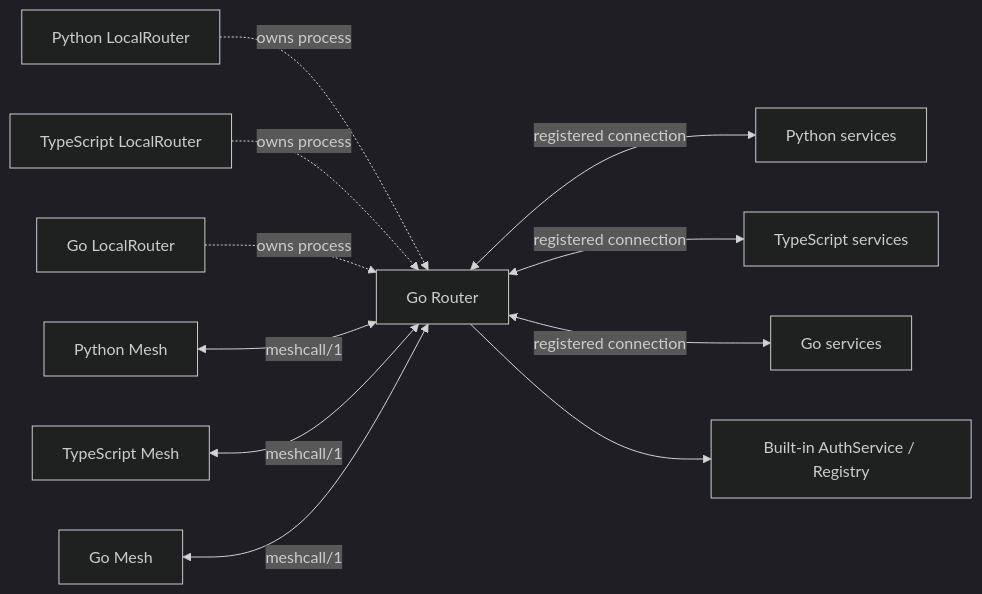
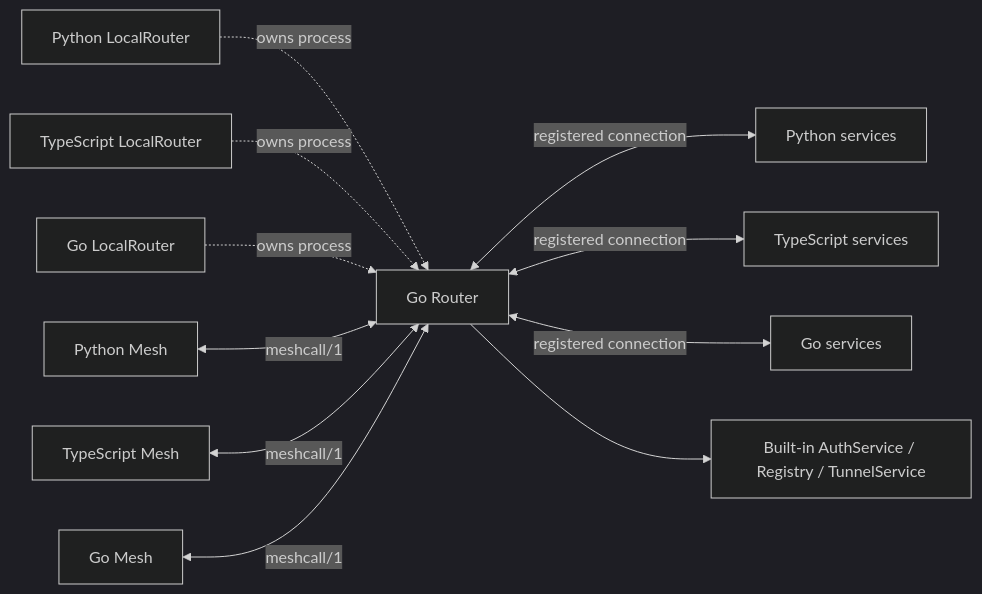
One commit to t4wefan/meshcall changed the diagram in docs/router.md. Above: the diagram before and after it, drawn with Mermaid (dark theme). The commit also changed other lines of this file and 10 other files, not shown here.

````diff
--- a/docs/router.md
+++ b/docs/router.md
@@ -12,13 +12,13 @@
 ```mermaid
 flowchart LR
   PL[Python LocalRouter] -. owns process .-> R[Go Router]
   TL[TypeScript LocalRouter] -. owns process .-> R
   GL[Go LocalRouter] -. owns process .-> R
   PC[Python Mesh] <-->|meshcall/1| R
   TC[TypeScript Mesh] <-->|meshcall/1| R
   GC[Go Mesh] <-->|meshcall/1| R
   R <-->|registered connection| PS[Python services]
   R <-->|registered connection| TS[TypeScript services]
   R <-->|registered connection| GS[Go services]
-  R --> A[Built-in AuthService / Registry]
+  R --> A[Built-in AuthService / Registry / TunnelService]
 ```
````
